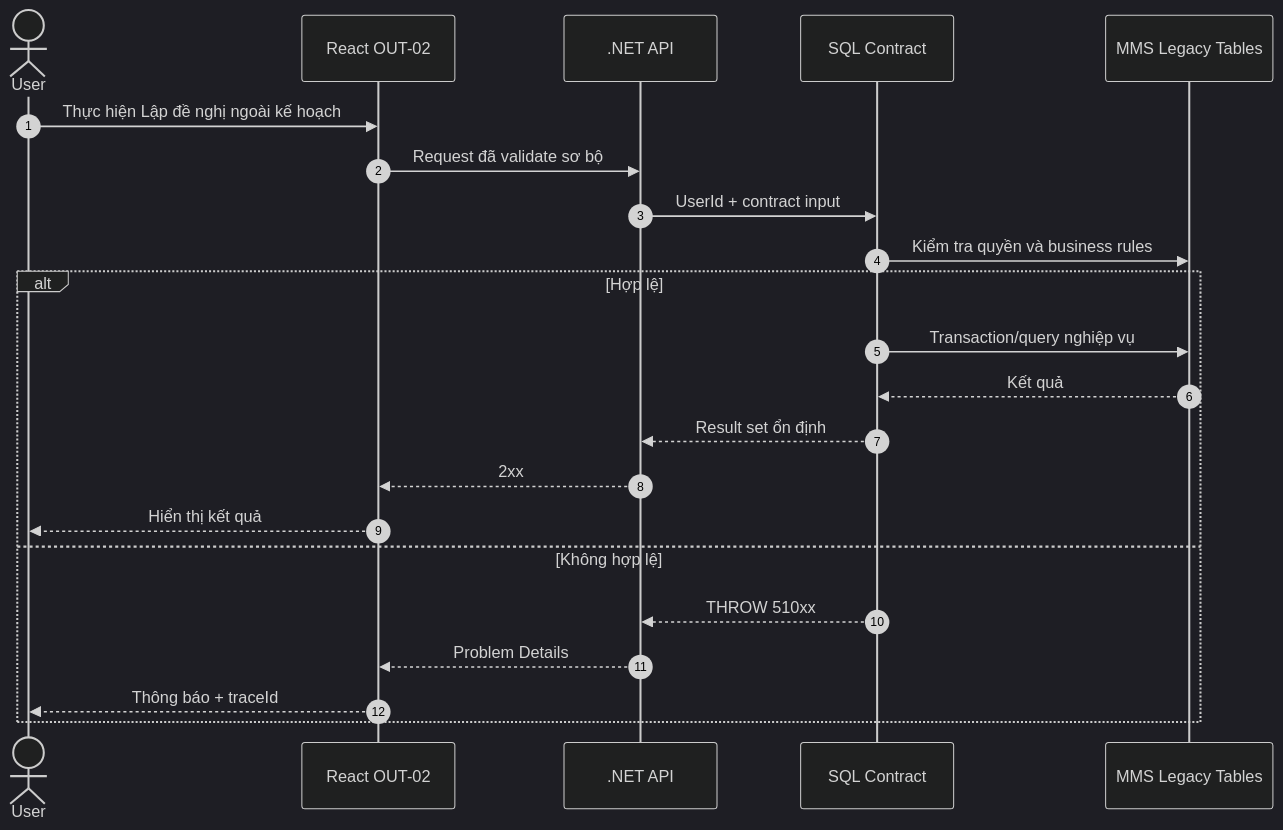
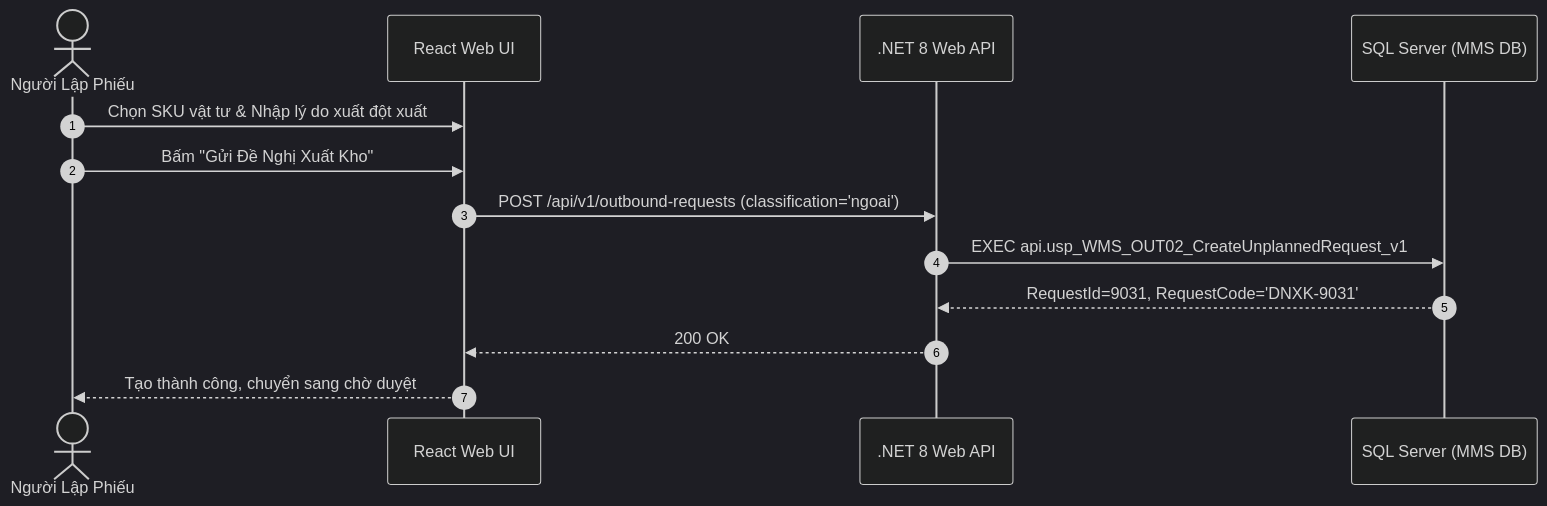
One commit to Sohoa-KNSG/mms changed the diagram in docs/03-use-cases/UC-20_OUT-02.md. Above: the diagram before and after it, drawn with Mermaid (dark theme). The commit also changed other lines of this file and 43 other files, not shown here.

````diff
--- a/docs/03-use-cases/UC-20_OUT-02.md
+++ b/docs/03-use-cases/UC-20_OUT-02.md
@@ -201,24 +160,16 @@
-~~~mermaid
+```mermaid
 sequenceDiagram
     autonumber
-    actor User
-    participant UI as React OUT-02
-    participant API as .NET API
-    participant SP as SQL Contract
-    participant DB as MMS Legacy Tables
-    User->>UI: Thực hiện Lập đề nghị ngoài kế hoạch
-    UI->>API: Request đã validate sơ bộ
-    API->>SP: UserId + contract input
-    SP->>DB: Kiểm tra quyền và business rules
-    alt Hợp lệ
-        SP->>DB: Transaction/query nghiệp vụ
-        DB-->>SP: Kết quả
-        SP-->>API: Result set ổn định
-        API-->>UI: 2xx
-        UI-->>User: Hiển thị kết quả
-    else Không hợp lệ
-        SP-->>API: THROW 510xx
-        API-->>UI: Problem Details
-        UI-->>User: Thông báo + traceId
-    end
-~~~
+    actor Requester as Người Lập Phiếu
+    participant UI as React Web UI
+    participant API as .NET 8 Web API
+    participant DB as SQL Server (MMS DB)
+
+    Requester->>UI: Chọn SKU vật tư & Nhập lý do xuất đột xuất
+    Requester->>UI: Bấm "Gửi Đề Nghị Xuất Kho"
+    UI->>API: POST /api/v1/outbound-requests (classification='ngoai')
+    API->>DB: EXEC api.usp_WMS_OUT02_CreateUnplannedRequest_v1
+    DB-->>API: RequestId=9031, RequestCode='DNXK-9031'
+    API-->>UI: 200 OK
+    UI-->>Requester: Tạo thành công, chuyển sang chờ duyệt
+```
````
